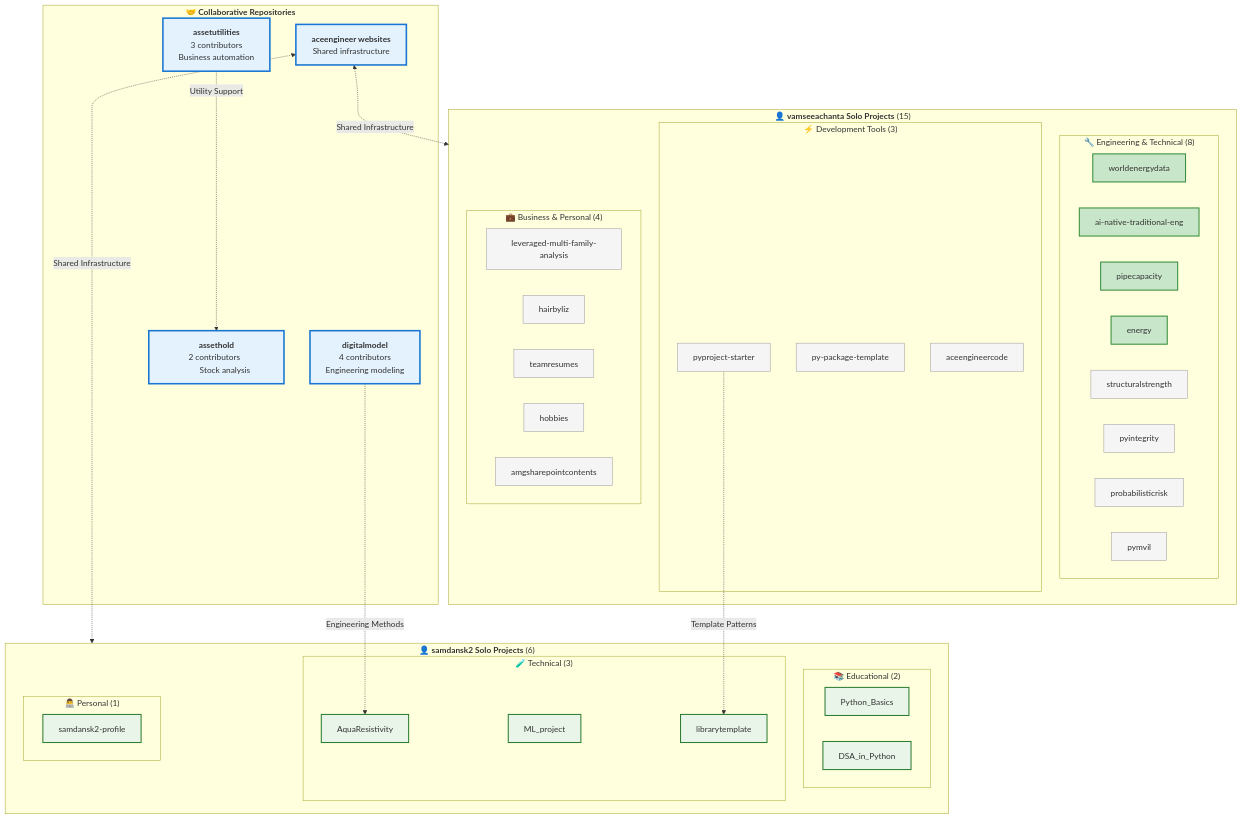
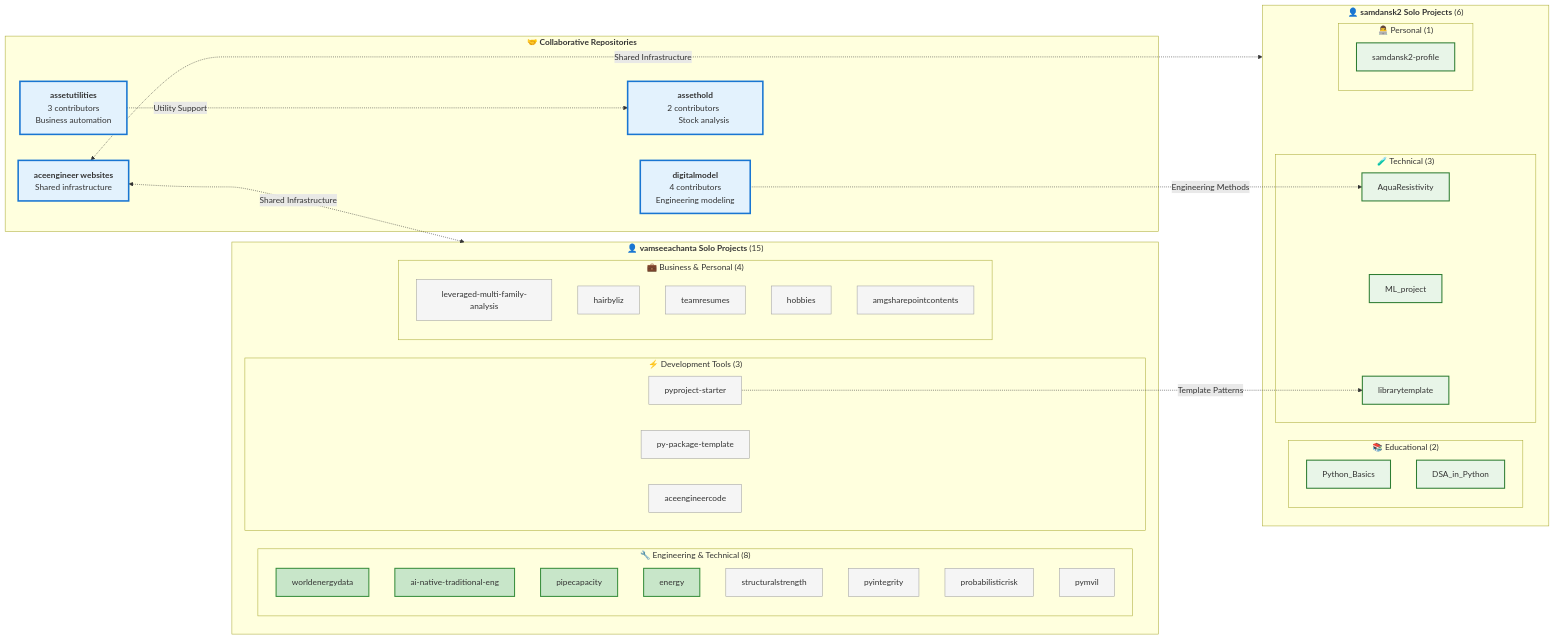
The second of 2 diagrams in docs/modules/repositories/responsibility.md (vamseeachanta/assetutilities), drawn with Mermaid before and after one commit.

````diff
--- a/docs/modules/repositories/responsibility.md
+++ b/docs/modules/repositories/responsibility.md
@@ -105,82 +105,82 @@
 ```mermaid
-graph TD
+graph LR
     %% Collaborative repositories (Multi-author)
     subgraph Collaborative ["`🤝 **Collaborative Repositories**`"]
         AU["`**assetutilities**
         3 contributors
         Business automation`"]
         DM["`**digitalmodel** 
         4 contributors
         Engineering modeling`"]
         AH["`**assethold**
         2 contributors  
         Stock analysis`"]
         WEB["`**aceengineer websites**
         Shared infrastructure`"]
     end
     
     %% vamseeachanta solo repositories
     subgraph VSolo ["`👤 **vamseeachanta Solo Projects** (15)`"]
         subgraph VEng ["`🔧 Engineering & Technical (8)`"]
             WED[worldenergydata]
             AI[ai-native-traditional-eng]
             PC[pipecapacity]
             EN[energy]
             SS[structuralstrength]
             PI[pyintegrity]
             PR[probabilisticrisk]
             PM[pymvil]
         end
         
         subgraph VDev ["`⚡ Development Tools (3)`"]
             PS[pyproject-starter]
             PPT[py-package-template]
             AEC[aceengineercode]
         end
         
         subgraph VBus ["`💼 Business & Personal (4)`"]
             LMF[leveraged-multi-family-analysis]
             HBL[hairbyliz]
             TR[teamresumes]
             HOB[hobbies]
             AGS[amgsharepointcontents]
         end
     end
     
     %% samdansk2 solo repositories  
     subgraph SSolo ["`👤 **samdansk2 Solo Projects** (6)`"]
         subgraph SEdu ["`📚 Educational (2)`"]
             PB[Python_Basics]
             DSA[DSA_in_Python]
         end
         
         subgraph STech ["`🧪 Technical (3)`"]
             AR[AquaResistivity]
             ML[ML_project]
             LT[librarytemplate]
         end
         
         subgraph SPersonal ["`👨‍💻 Personal (1)`"]
             PROF[samdansk2-profile]
         end
     end
     
     %% Collaboration flows
     AU -.->|Utility Support| AH
     DM -.->|Engineering Methods| AR
     PS -.->|Template Patterns| LT
     WEB <-.->|Shared Infrastructure| VSolo
     WEB <-.->|Shared Infrastructure| SSolo
     
     %% Styling
     classDef collabStyle fill:#e3f2fd,stroke:#1976d2,stroke-width:3px
     classDef vSoloStyle fill:#e8f5e8,stroke:#2e7d32,stroke-width:2px
     classDef sSoloStyle fill:#fff3e0,stroke:#f57c00,stroke-width:2px
     classDef activeStyle fill:#c8e6c9,stroke:#388e3c,stroke-width:2px
     classDef archivedStyle fill:#f5f5f5,stroke:#9e9e9e,stroke-width:1px
     
     class AU,DM,AH,WEB collabStyle
     class WED,AI,PC,EN activeStyle
     class SS,PI,PR,PM,PS,PPT,AEC,LMF,HBL,TR,HOB,AGS archivedStyle
     class AR,ML,LT,PB,DSA,PROF vSoloStyle
 ```
````
